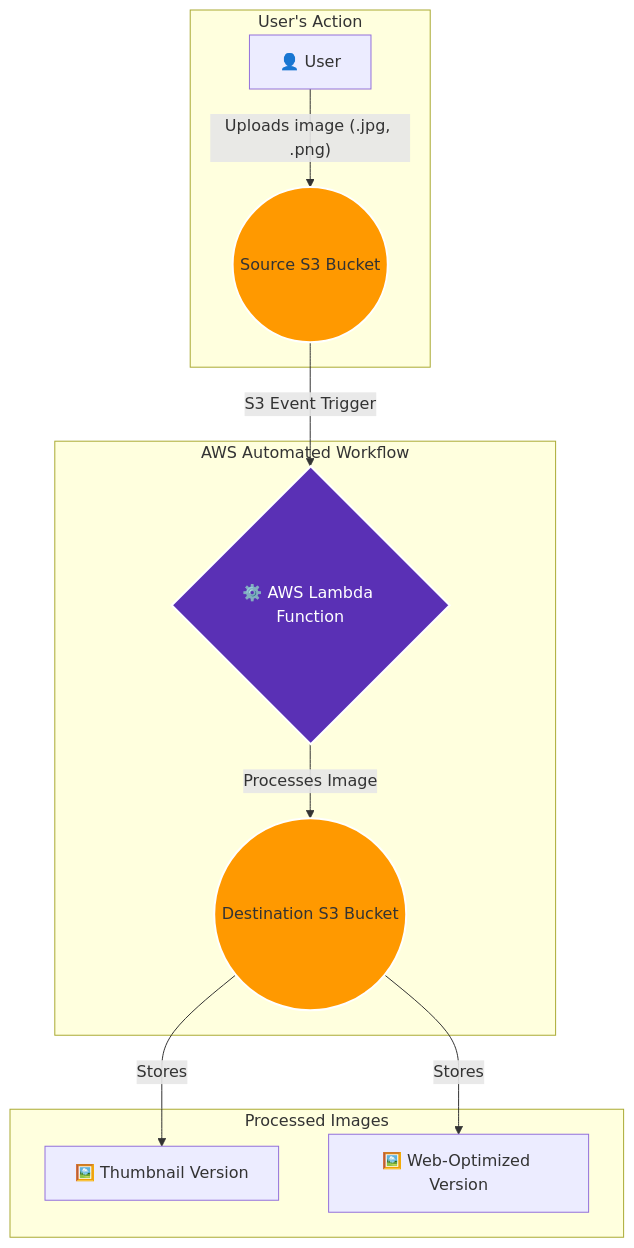
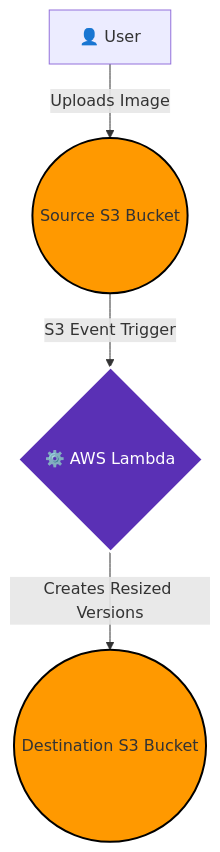
One commit to yashuhs/aws-image-processing-pipeline changed the diagram in README.md. Above: the diagram before and after it, drawn with Mermaid. The commit also changed other lines of this file, not shown here.

`````diff
--- a/README.md
+++ b/README.md
@@ -9,20 +9,10 @@
 ```mermaid
 graph TD;
-    subgraph "User's Action"
-        A[👤 User] -- Uploads image (.jpg, .png) --> B((Source S3 Bucket));
-    end
+    A[👤 User] -- Uploads Image --> B((Source S3 Bucket));
+    B -- S3 Event Trigger --> C{⚙️ AWS Lambda};
+    C -- Creates Resized Versions --> D((Destination S3 Bucket));
 
-    subgraph "AWS Automated Workflow"
-        B -- S3 Event Trigger --> C{⚙️ AWS Lambda Function};
-        C -- Processes Image --> D((Destination S3 Bucket));
-    end
-
-    subgraph "Processed Images"
-        D -- Stores --> E[🖼️ Thumbnail Version];
-        D -- Stores --> F[🖼️ Web-Optimized Version];
-    end
-
-    style B fill:#FF9900,stroke:#FFFFFF,stroke-width:2px
-    style D fill:#FF9900,stroke:#FFFFFF,stroke-width:2px
+    style B fill:#FF9900,stroke:#000000,stroke-width:2px
+    style D fill:#FF9900,stroke:#000000,stroke-width:2px
     style C fill:#5A30B5,stroke:#FFFFFF,stroke-width:2px,color:#FFFFFF
-````
+```
`````
